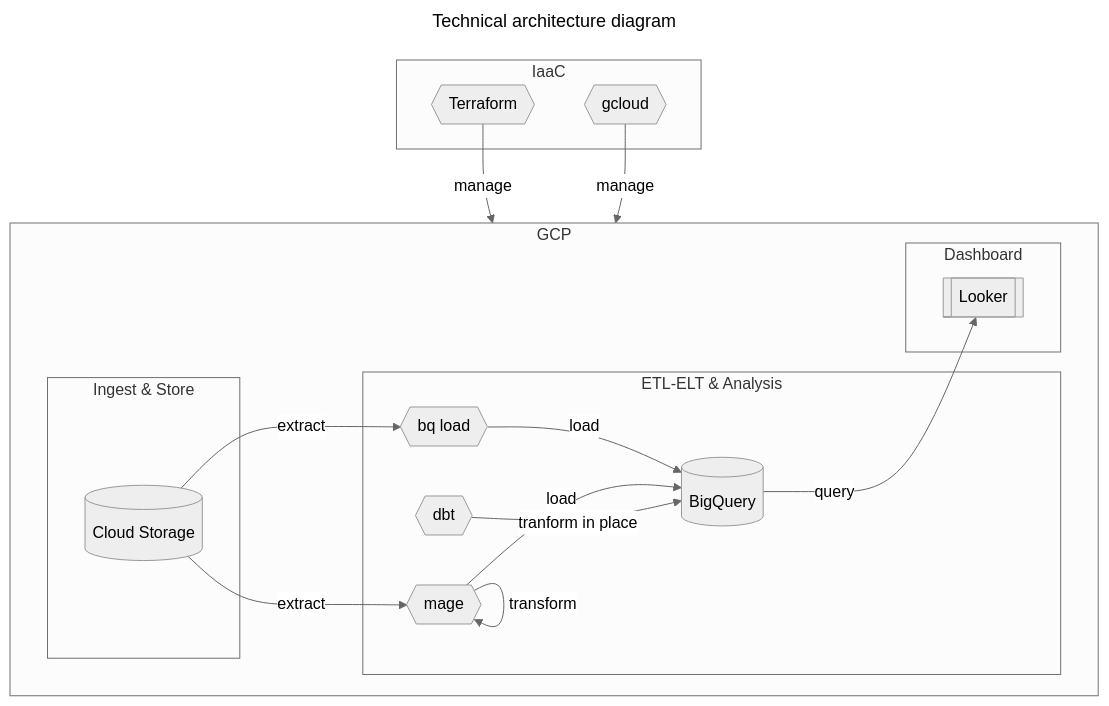
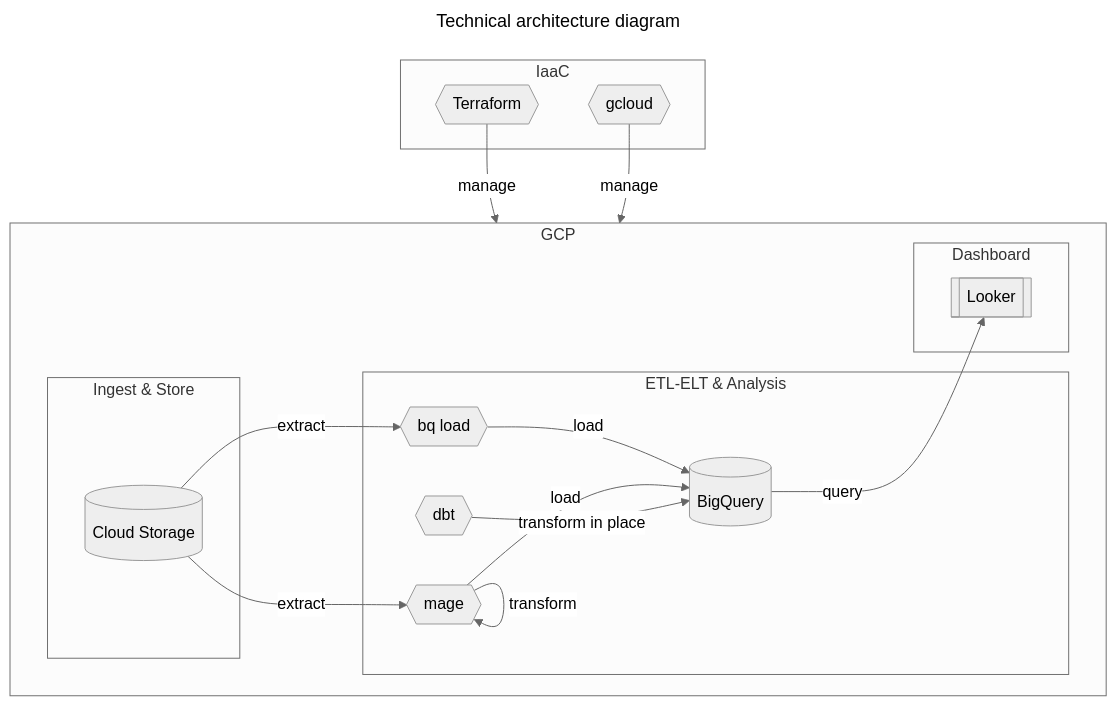
The diagram in README.md (scali/monkey-wrench), drawn with Mermaid (neutral theme) before and after one commit.

````diff
--- a/README.md
+++ b/README.md
@@ -55,36 +55,36 @@
 ```mermaid
 ---
 title: Technical architecture diagram
 ---
 flowchart TB
 
 	subgraph IaaC
 		tf{{Terraform}}
 	gcloud{{gcloud}}
 	end
 
 	subgraph gcp [GCP]
 	subgraph "Ingest & Store"
 	  gs[(Cloud Storage)]
 	end
 	subgraph "ETL-ELT & Analysis"
 	  bql{{bq load}}
 	  mage{{mage}}
 	  dbt{{dbt}}
 	  bq[(BigQuery)]
 	end
 	subgraph Dashboard
 	  loo[[Looker]]
 	end
 	end
 
 	tf -- manage --> gcp
 	gcloud -- manage --> gcp
 	gs -- extract --> bql
 	bql -- load --> bq
 	gs -- extract --> mage
 	mage -- transform --> mage
 	mage -- load --> bq
-	dbt -- "tranform in place" --> bq
+	dbt -- "transform in place" --> bq
 	bq -- query --> loo
 ```
````
